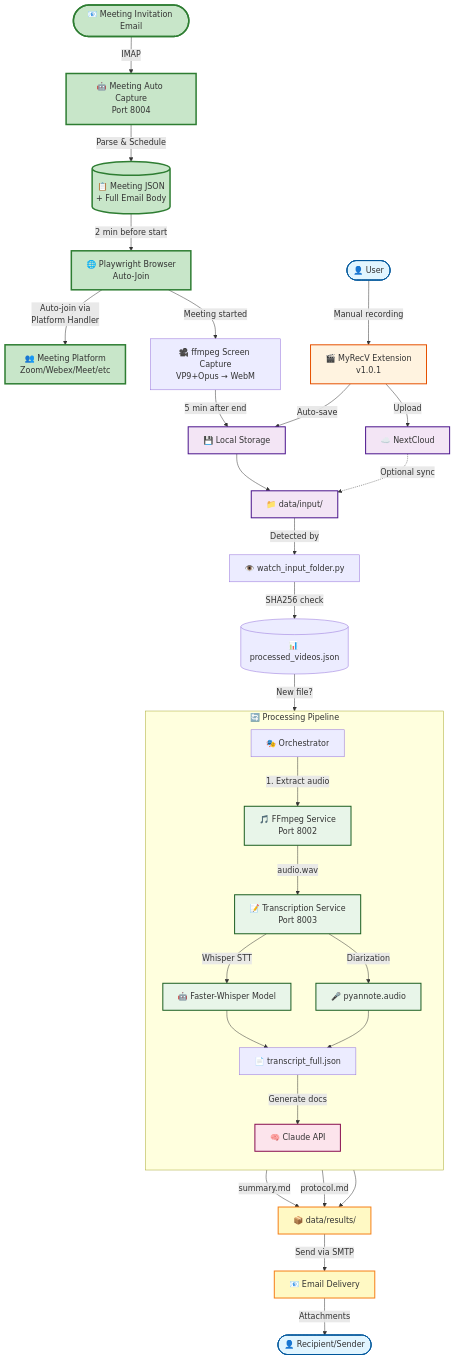
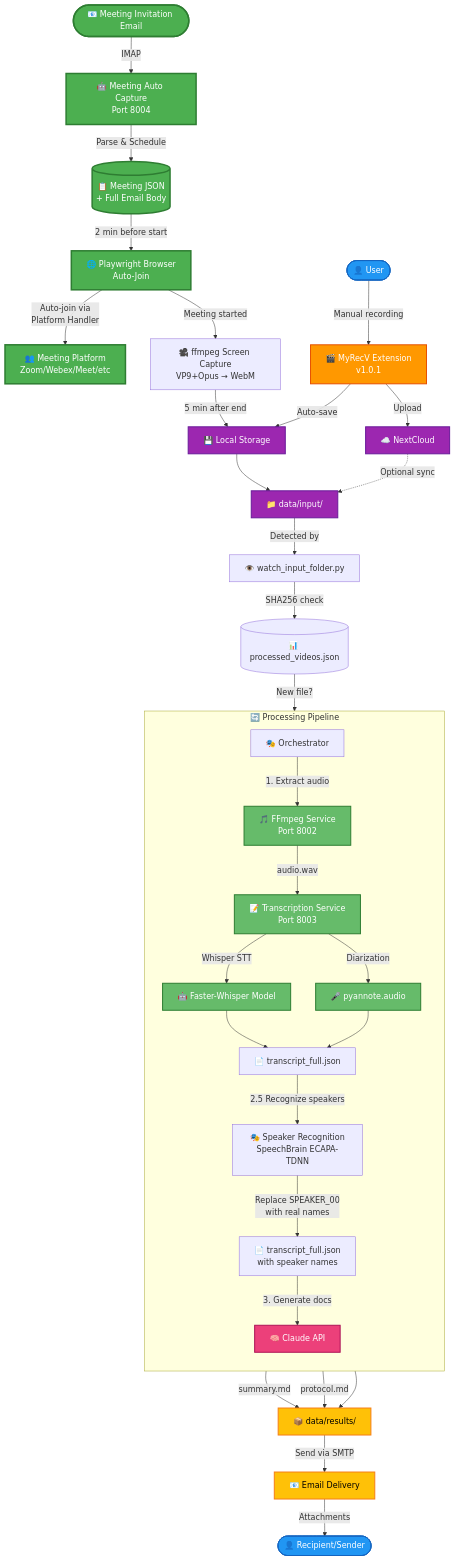
One commit to szhilko196/Rec-Transcribe-Send changed the diagram in README.md. Above: the diagram before and after it, drawn with Mermaid. The commit also changed other lines of this file and 19 other files, not shown here.

Commit message:
Create a new Chrome extension page for extracting audio samples from transcribed meetings to enroll speakers in the speaker recognition system.

````diff
--- a/README.md
+++ b/README.md
@@ -39,67 +40,69 @@
 ```mermaid
 flowchart TB
     %% Automated meeting capture with ffmpeg
     EmailInvite([📧 Meeting Invitation Email]) -->|IMAP| AutoCapture[🤖 Meeting Auto Capture<br/>Port 8004]
 
     AutoCapture -->|Parse & Schedule| MeetingDB[(📋 Meeting JSON<br/>+ Full Email Body)]
     MeetingDB -->|2 min before start| Browser[🌐 Playwright Browser<br/>Auto-Join]
 
     Browser -->|Auto-join via<br/>Platform Handler| Meeting[👥 Meeting Platform<br/>Zoom/Webex/Meet/etc]
     Browser -->|Meeting started| FFmpegRec[🎥 ffmpeg Screen Capture<br/>VP9+Opus → WebM]
 
     FFmpegRec -->|5 min after end| LocalSave[💾 Local Storage]
 
     %% Manual recording path
     User([👤 User]) -->|Manual recording| Extension[🎬 MyRecV Extension<br/>v1.0.1]
 
     %% Recording options
     Extension -->|Auto-save| LocalSave
     Extension -->|Upload| NextCloud[☁️ NextCloud]
 
     %% Local processing path
     LocalSave --> InputFolder[📁 data/input/]
     NextCloud -.->|Optional sync| InputFolder
 
     %% Automatic monitoring
     InputFolder -->|Detected by| Watcher[👁️ watch_input_folder.py]
     Watcher -->|SHA256 check| Database[(📊 processed_videos.json)]
     Database -->|New file?| Orchestrator[🎭 Orchestrator]
 
     %% Processing pipeline
     subgraph Processing["🔄 Processing Pipeline"]
         direction TB
         Orchestrator -->|1. Extract audio| FFmpeg[🎵 FFmpeg Service<br/>Port 8002]
         FFmpeg -->|audio.wav| Transcription[📝 Transcription Service<br/>Port 8003]
         Transcription -->|Whisper STT| WhisperModel[🤖 Faster-Whisper Model]
         Transcription -->|Diarization| PyannoteModel[🎤 pyannote.audio]
         WhisperModel --> TranscriptJSON[📄 transcript_full.json]
         PyannoteModel --> TranscriptJSON
-        TranscriptJSON -->|Generate docs| Claude[🧠 Claude API]
+        TranscriptJSON -->|2.5 Recognize speakers| SpeakerRec[🎭 Speaker Recognition<br/>SpeechBrain ECAPA-TDNN]
+        SpeakerRec -->|Replace SPEAKER_00<br/>with real names| TranscriptUpdated[📄 transcript_full.json<br/>with speaker names]
+        TranscriptUpdated -->|3. Generate docs| Claude[🧠 Claude API]
     end
 
     %% Results
     Claude -->|summary.md| Results[📦 data/results/]
     Claude -->|protocol.md| Results
     TranscriptJSON --> Results
 
     %% Email delivery
     Results -->|Send via SMTP| Email[📧 Email Delivery]
     Email -->|Attachments| Recipient([👤 Recipient/Sender])
 
-    %% Styling
-    classDef newClass fill:#c8e6c9,stroke:#2e7d32,stroke-width:3px
-    classDef userClass fill:#e1f5ff,stroke:#01579b,stroke-width:2px
-    classDef extensionClass fill:#fff3e0,stroke:#e65100,stroke-width:2px
-    classDef storageClass fill:#f3e5f5,stroke:#4a148c,stroke-width:2px
-    classDef processClass fill:#e8f5e9,stroke:#1b5e20,stroke-width:2px
-    classDef aiClass fill:#fce4ec,stroke:#880e4f,stroke-width:2px
-    classDef resultClass fill:#fff9c4,stroke:#f57f17,stroke-width:2px
+    %% Styling - optimized for both light and dark themes
+    classDef newClass fill:#4CAF50,stroke:#2E7D32,stroke-width:3px,color:#fff
+    classDef userClass fill:#2196F3,stroke:#1565C0,stroke-width:2px,color:#fff
+    classDef extensionClass fill:#FF9800,stroke:#E65100,stroke-width:2px,color:#fff
+    classDef storageClass fill:#9C27B0,stroke:#6A1B9A,stroke-width:2px,color:#fff
+    classDef processClass fill:#66BB6A,stroke:#2E7D32,stroke-width:2px,color:#fff
+    classDef aiClass fill:#EC407A,stroke:#AD1457,stroke-width:2px,color:#fff
+    classDef resultClass fill:#FFC107,stroke:#F57F17,stroke-width:2px,color:#000
 
     class EmailInvite,AutoCapture,MeetingDB,Browser,Meeting newClass
     class User,Recipient userClass
     class Extension extensionClass
     class LocalSave,NextCloud,InputFolder storageClass
     class FFmpeg,Transcription,WhisperModel,PyannoteModel processClass
     class Claude aiClass
     class Results,Email resultClass
 ```
````
